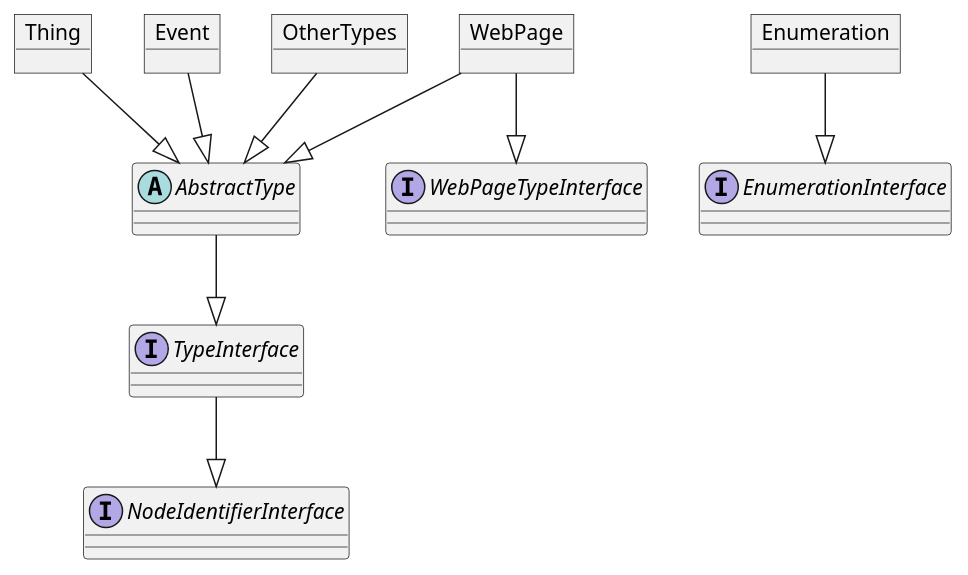
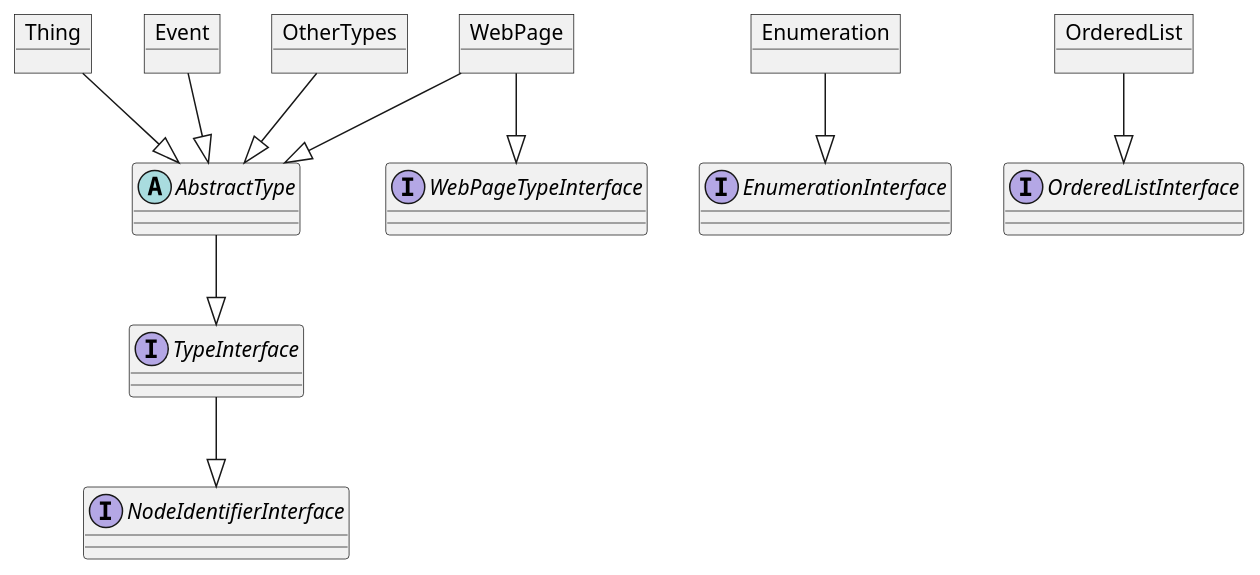
Before and after one commit to brotkrueml/schema: the diagram in Documentation/Developer/Api.rst, drawn with PlantUML. The commit also changed other lines of this file and 22 other files, not shown here.

First line of the commit message:
Add suport for ordered lists via `@list`

```diff
--- a/Documentation/Developer/Api.rst
+++ b/Documentation/Developer/Api.rst
@@ -246,22 +246,25 @@
 .. uml::
    :caption: Inheritance of the type models (namespaces are omitted for better readability)
 
    object Thing
    object Event
    object OtherTypes
    object WebPage
    object Enumeration
+   object OrderedList
    abstract AbstractType
    interface NodeIdentifierInterface
    interface TypeInterface
    interface WebPageTypeInterface
    interface EnumerationInterface
+   interface OrderedListInterface
 
    Thing --|> AbstractType
    Event --|> AbstractType
    OtherTypes --|> AbstractType
    WebPage --|> AbstractType
    AbstractType --|> TypeInterface
    TypeInterface --|> NodeIdentifierInterface
    WebPage --|> WebPageTypeInterface
    Enumeration --|> EnumerationInterface
+   OrderedList --|> OrderedListInterface
```
